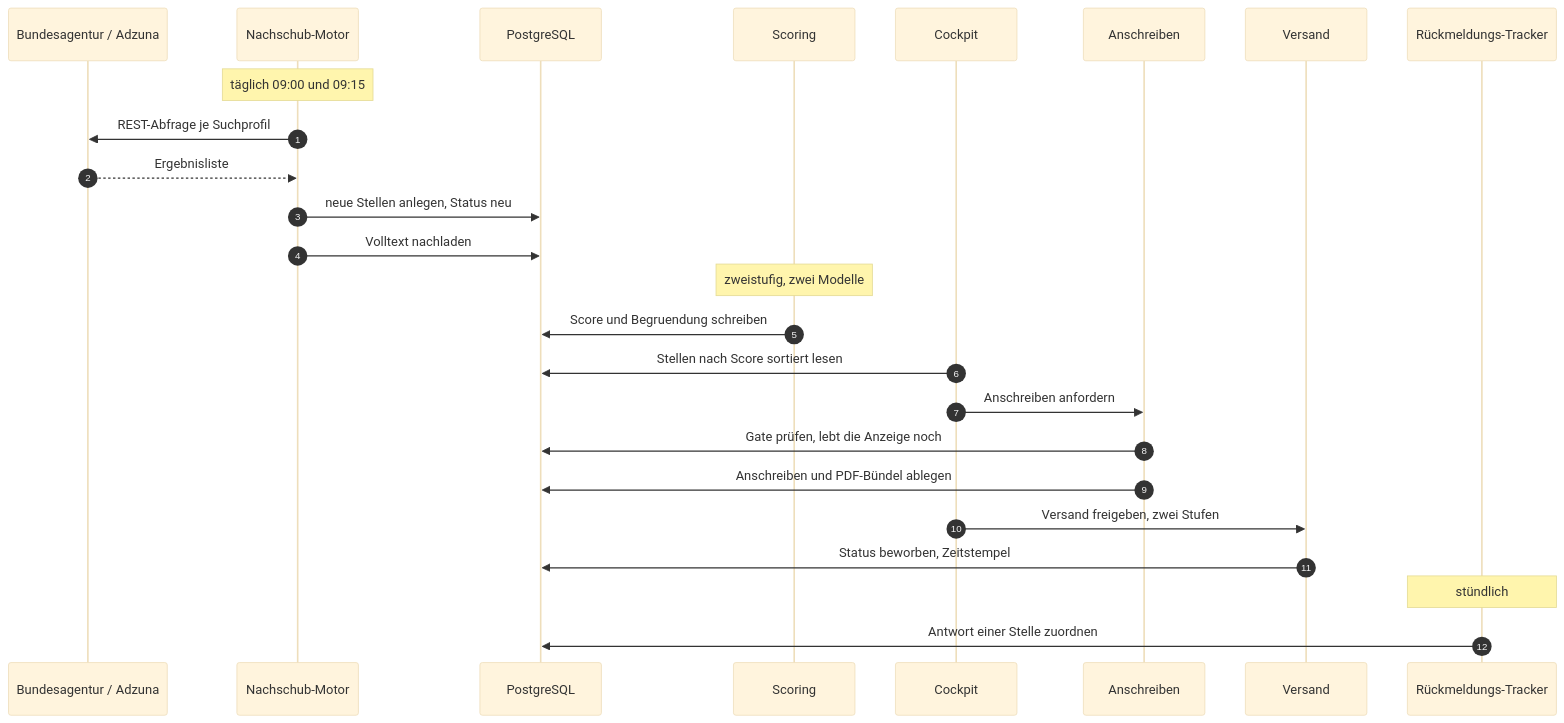
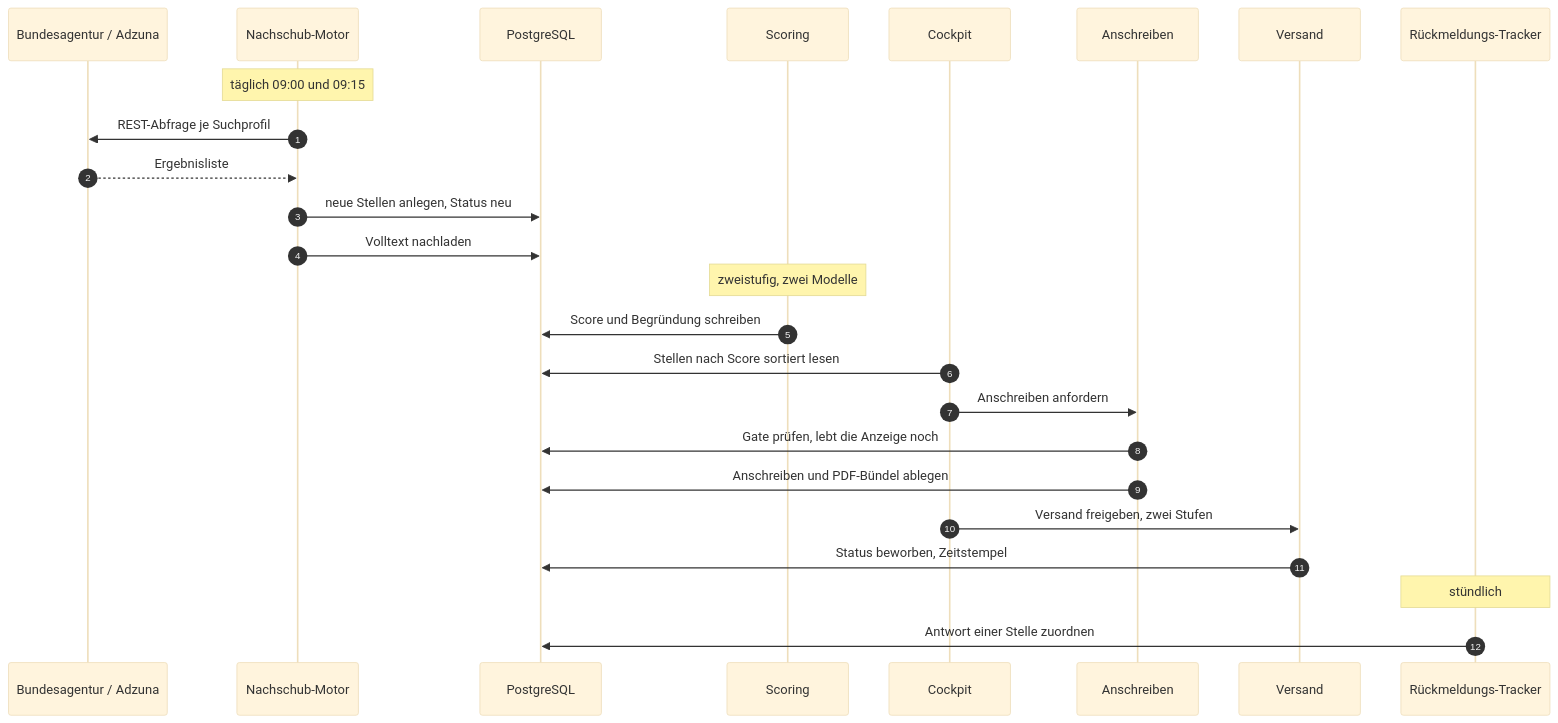
One commit to Oktay-94/n8n-job-automation changed the second of 4 diagrams in README.md. Above: the diagram before and after it, drawn with Mermaid (base theme). The commit also changed other lines of this file, not shown here.

````diff
--- a/README.md
+++ b/README.md
@@ -80,28 +80,28 @@
 ```mermaid
 sequenceDiagram
     autonumber
     participant Q as Bundesagentur / Adzuna
     participant NS as Nachschub-Motor
     participant DB as PostgreSQL
     participant SC as Scoring
     participant UI as Cockpit
     participant B7 as Anschreiben
     participant VS as Versand
     participant RT as Rückmeldungs-Tracker
 
     Note over NS: täglich 09:00 und 09:15
     NS->>Q: REST-Abfrage je Suchprofil
     Q-->>NS: Ergebnisliste
     NS->>DB: neue Stellen anlegen, Status neu
     NS->>DB: Volltext nachladen
     Note over SC: zweistufig, zwei Modelle
-    SC->>DB: Score und Begruendung schreiben
+    SC->>DB: Score und Begründung schreiben
     UI->>DB: Stellen nach Score sortiert lesen
     UI->>B7: Anschreiben anfordern
     B7->>DB: Gate prüfen, lebt die Anzeige noch
     B7->>DB: Anschreiben und PDF-Bündel ablegen
     UI->>VS: Versand freigeben, zwei Stufen
     VS->>DB: Status beworben, Zeitstempel
     Note over RT: stündlich
     RT->>DB: Antwort einer Stelle zuordnen
 ```
````
